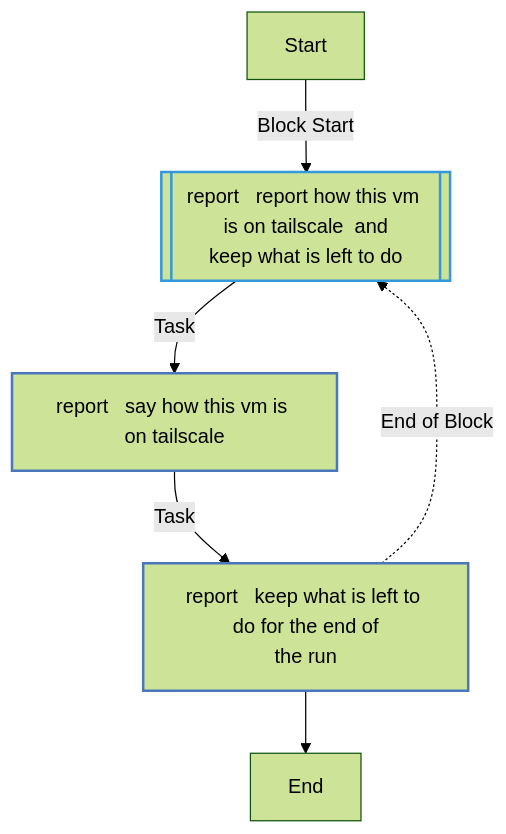
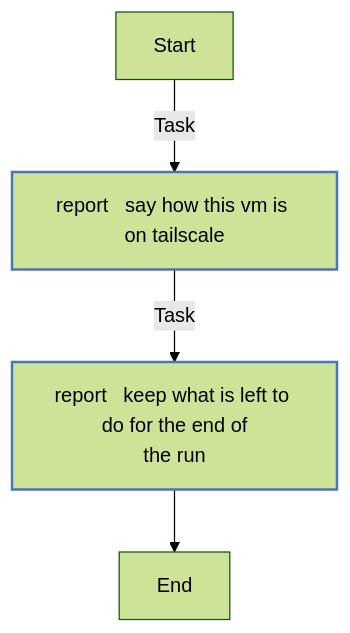
Before and after one commit to kawadeomkar/agent-warehouse: the ninth of 14 diagrams in docs/reference/roles/tailscale.md, drawn with Mermaid (forest theme). The commit also changed other lines of this file and 7 other files, not shown here.

````diff
--- a/docs/reference/roles/tailscale.md
+++ b/docs/reference/roles/tailscale.md
@@ -490,18 +489,16 @@
 ```mermaid
 flowchart TD
 Start
 classDef block stroke:#3498db,stroke-width:2px;
 classDef task stroke:#4b76bb,stroke-width:2px;
 classDef includeTasks stroke:#16a085,stroke-width:2px;
 classDef importTasks stroke:#34495e,stroke-width:2px;
 classDef includeRole stroke:#2980b9,stroke-width:2px;
 classDef importRole stroke:#699ba7,stroke-width:2px;
 classDef includeVars stroke:#8e44ad,stroke-width:2px;
 classDef rescue stroke:#665352,stroke-width:2px;
 
-  Start-->|Block Start| report___Report_how_this_VM_is_on_Tailscale__and_keep_what_is_left_to_do0_block_start_0[[report   report how this vm is on tailscale  and<br>keep what is left to do]]:::block
-  report___Report_how_this_VM_is_on_Tailscale__and_keep_what_is_left_to_do0_block_start_0-->|Task| report___Say_how_this_VM_is_on_Tailscale0[report   say how this vm is on tailscale]:::task
+  Start-->|Task| report___Say_how_this_VM_is_on_Tailscale0[report   say how this vm is on tailscale]:::task
   report___Say_how_this_VM_is_on_Tailscale0-->|Task| report___Keep_what_is_left_to_do_for_the_end_of_the_run1[report   keep what is left to do for the end of<br>the run]:::task
-  report___Keep_what_is_left_to_do_for_the_end_of_the_run1-.->|End of Block| report___Report_how_this_VM_is_on_Tailscale__and_keep_what_is_left_to_do0_block_start_0
   report___Keep_what_is_left_to_do_for_the_end_of_the_run1-->End
 ```
````
